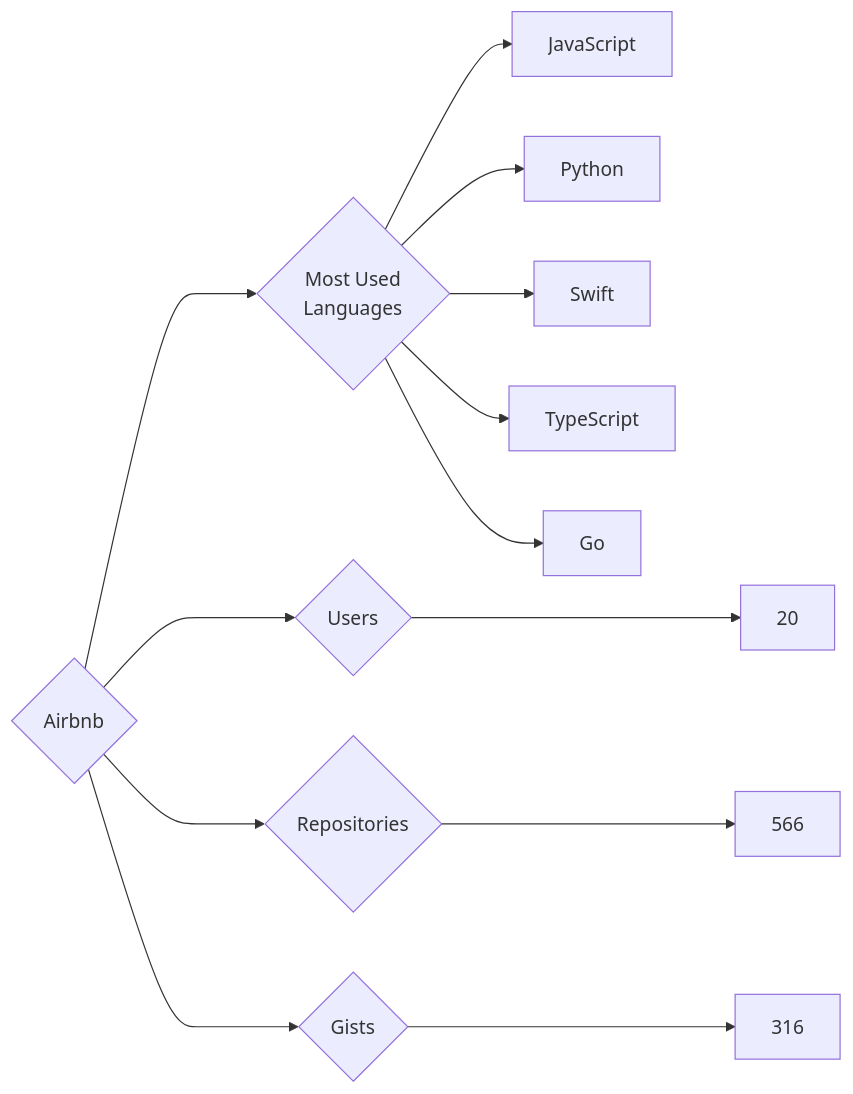
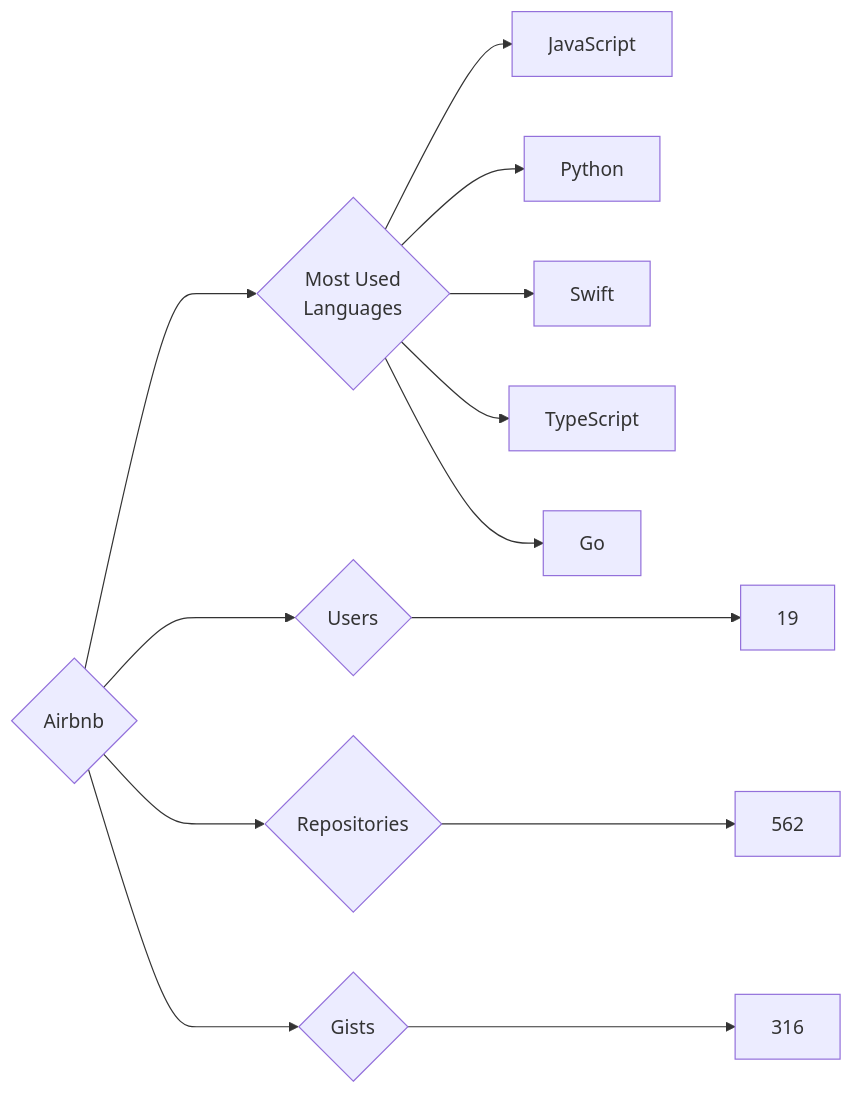
Before and after one commit to trickest/insiders: the diagram in targets/Airbnb/README.md, drawn with Mermaid. The commit also changed 679 other files, not shown here.

````diff
--- a/targets/Airbnb/README.md
+++ b/targets/Airbnb/README.md
@@ -3,13 +3,13 @@
 ```mermaid
 graph LR
 COMPANY_NAME{Airbnb}
-COMPANY_NAME ---> U{Users} ---> UN[20]
-COMPANY_NAME ---> R{Repositories} ---> RN[566]
+COMPANY_NAME ---> U{Users} ---> UN[19]
+COMPANY_NAME ---> R{Repositories} ---> RN[562]
 COMPANY_NAME ---> G{Gists} ---> GN[316]
 COMPANY_NAME ---> ML{Most Used<br>Languages}
 ML --> JavaScript[JavaScript]
 ML --> Python[Python]
 ML --> Swift[Swift]
 ML --> TypeScript[TypeScript]
 ML --> Go[Go]
 ```
````
